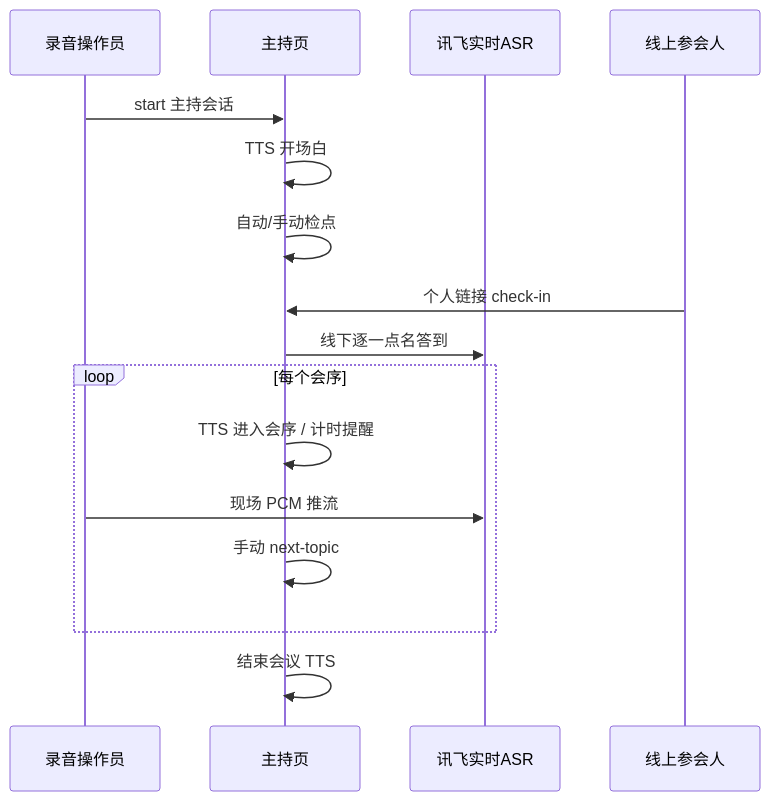
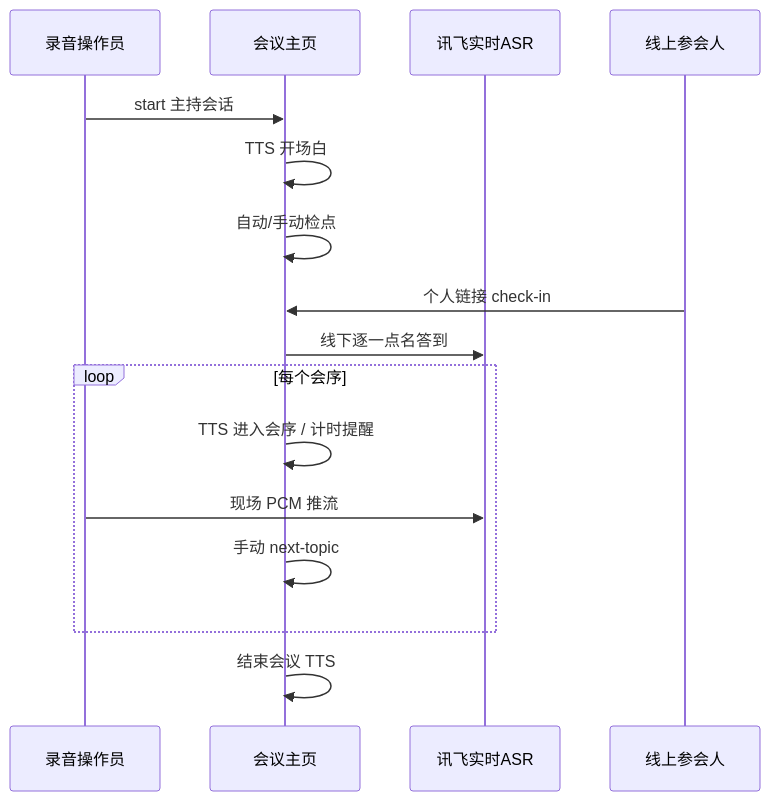
Before and after one commit to guorj/SMART-MEETING-java: the first of 2 diagrams in docs/会中模块进度评估.md, drawn with Mermaid. The commit also changed other lines of this file and 79 other files, not shown here.

````diff
--- a/docs/会中模块进度评估.md
+++ b/docs/会中模块进度评估.md
@@ -41,19 +41,19 @@
 ```mermaid
 sequenceDiagram
   participant Op as 录音操作员
-  participant Host as 主持页
+  participant Host as 会议主页
   participant ASR as 讯飞实时ASR
   participant Online as 线上参会人
 
   Op->>Host: start 主持会话
   Host->>Host: TTS 开场白
   Host->>Host: 自动/手动检点
   Online->>Host: 个人链接 check-in
   Host->>ASR: 线下逐一点名答到
   loop 每个会序
     Host->>Host: TTS 进入会序 / 计时提醒
     Op->>ASR: 现场 PCM 推流
     Host->>Host: 手动 next-topic
   end
   Host->>Host: 结束会议 TTS
 ```
````
